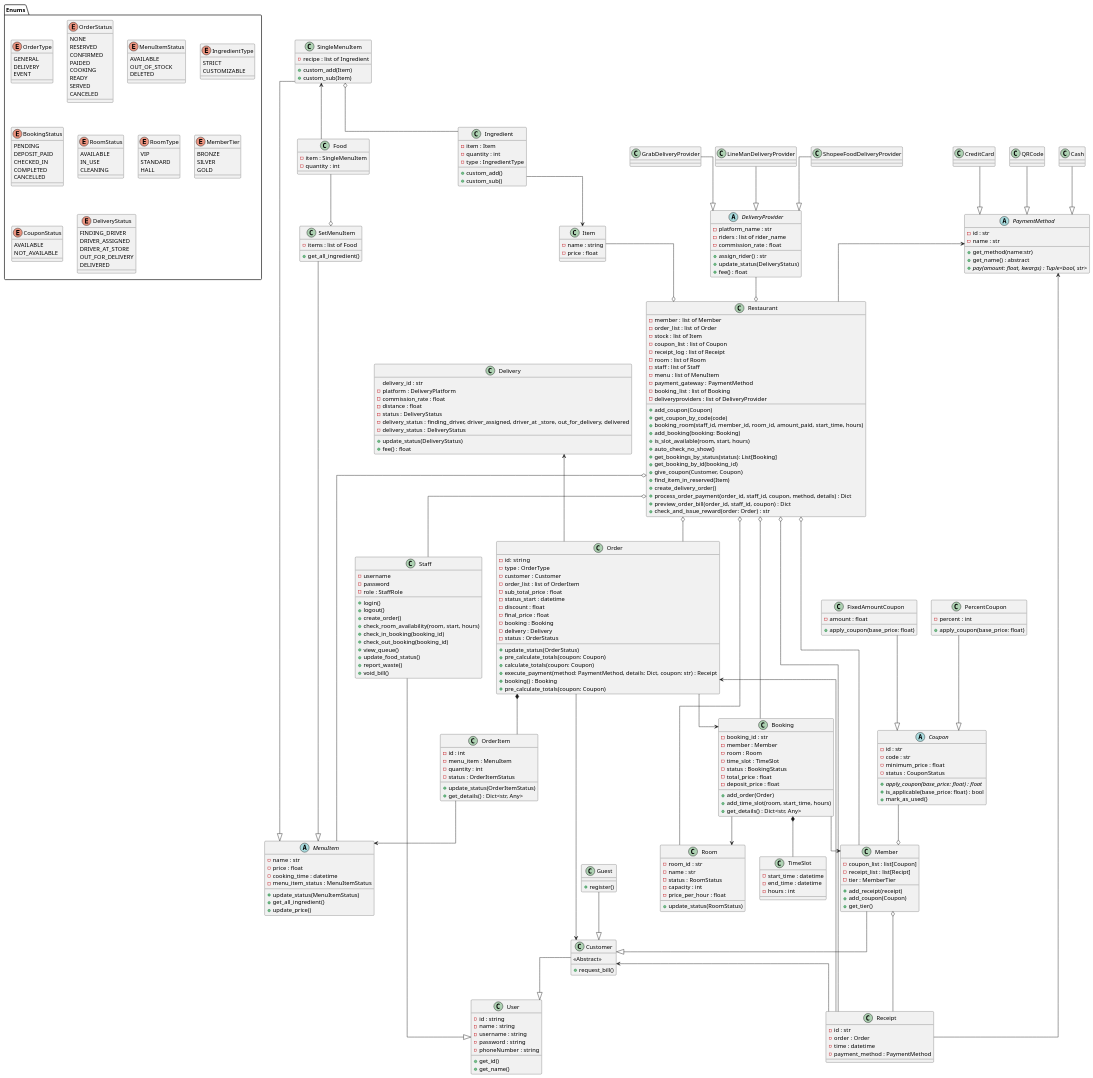
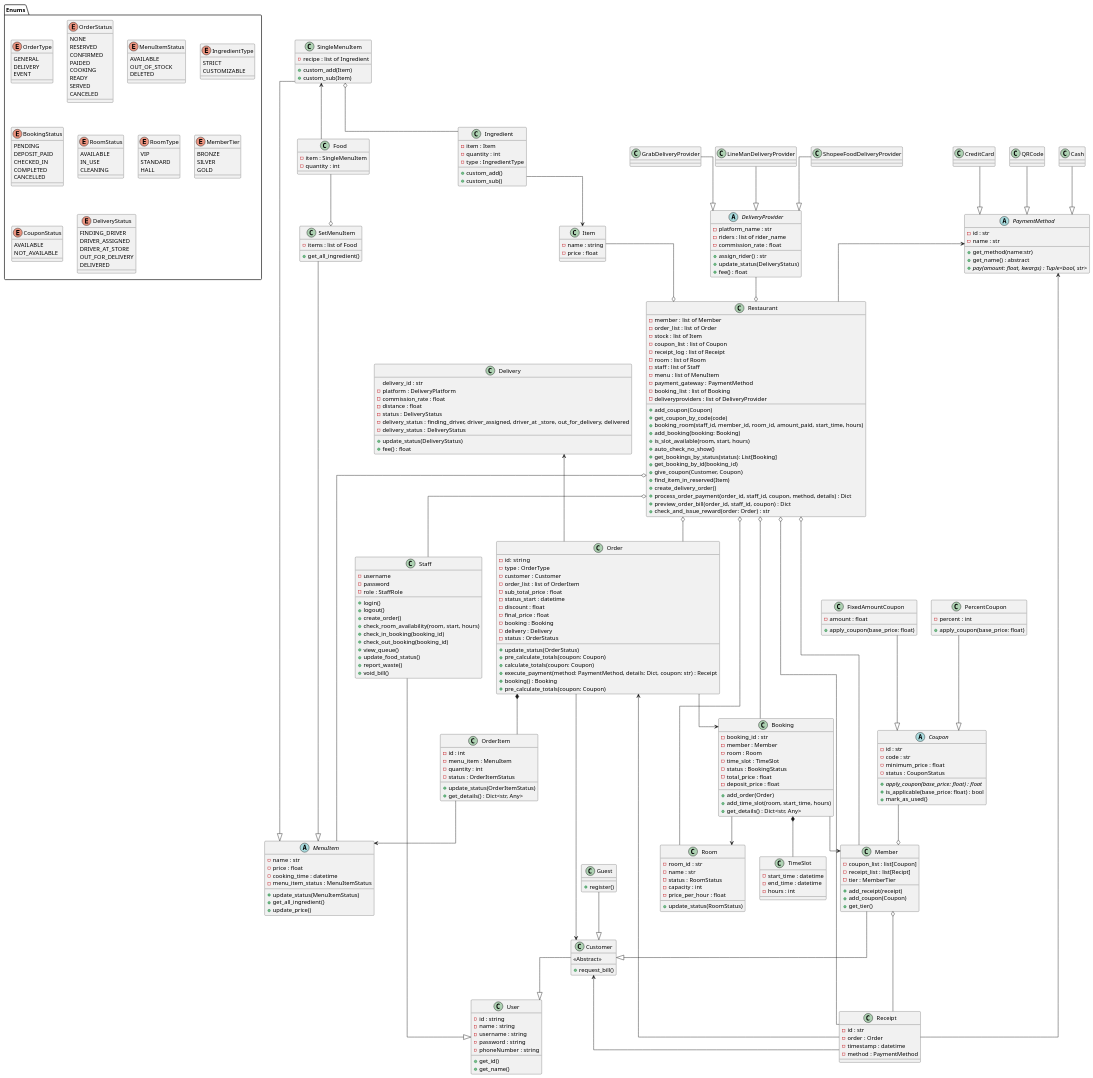
One commit to twrrippy/knight-chicken-oop changed the diagram in shared/doc/class_diagram.puml. Above: the diagram before and after it, drawn with PlantUML. The commit also changed 13 other files, not shown here.

Commit message:
feat: enhance customer and staff functionality, add booking and payment features, and update class diagram

```diff
--- a/shared/doc/class_diagram.puml
+++ b/shared/doc/class_diagram.puml
@@ -277,8 +277,8 @@
 class Receipt{
     - id : str
     - order : Order
-    - time : datetime
-    - payment_method : PaymentMethod
+    - timestamp : datetime
+    - method : PaymentMethod
 }
 
 
```
